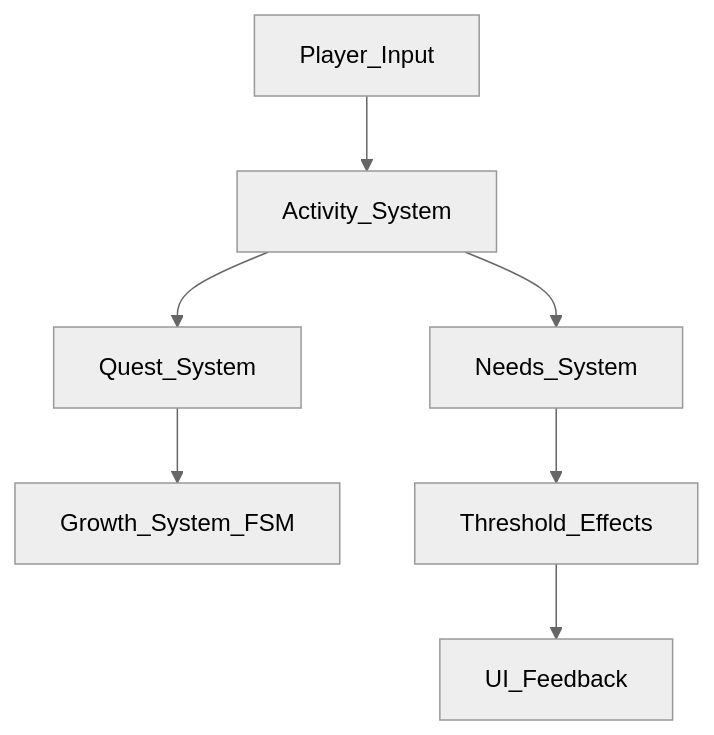
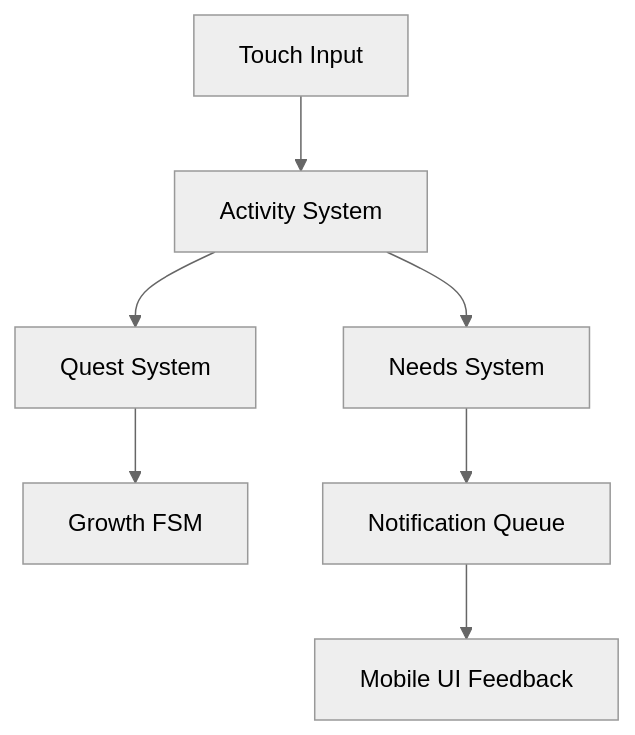
The diagram in README.md (DesireeNavarrete/ProjectJ40), drawn with Mermaid (neutral theme) before and after one commit. The commit also changed other lines of this file, not shown here.

````diff
--- a/README.md
+++ b/README.md
@@ -9,19 +49,17 @@
 ```mermaid
 flowchart TD
-    PlayerInput[Player_Input]
-    ActivitySys[Activity_System]
-    NeedsSys[Needs_System]
-    QuestSys[Quest_System]
-    GrowthSys[Growth_System_FSM]
-    Threshold[Threshold_Effects]
-    UI[UI_Feedback]
+    PlayerInput[Touch Input]
+    ActivitySystem[Activity System]
+    NeedsSystem[Needs System]
+    QuestSystem[Quest System]
+    GrowthFSM[Growth FSM]
+    NotificationSystem[Notification Queue]
+    UI[Mobile UI Feedback]
 
-    PlayerInput --> ActivitySys
-    ActivitySys --> NeedsSys
-    ActivitySys --> QuestSys
-    QuestSys --> GrowthSys
-    NeedsSys --> Threshold
-    Threshold --> UI
-
-
+    PlayerInput --> ActivitySystem
+    ActivitySystem --> NeedsSystem
+    ActivitySystem --> QuestSystem
+    QuestSystem --> GrowthFSM
+    NeedsSystem --> NotificationSystem
+    NotificationSystem --> UI
 ```
````
